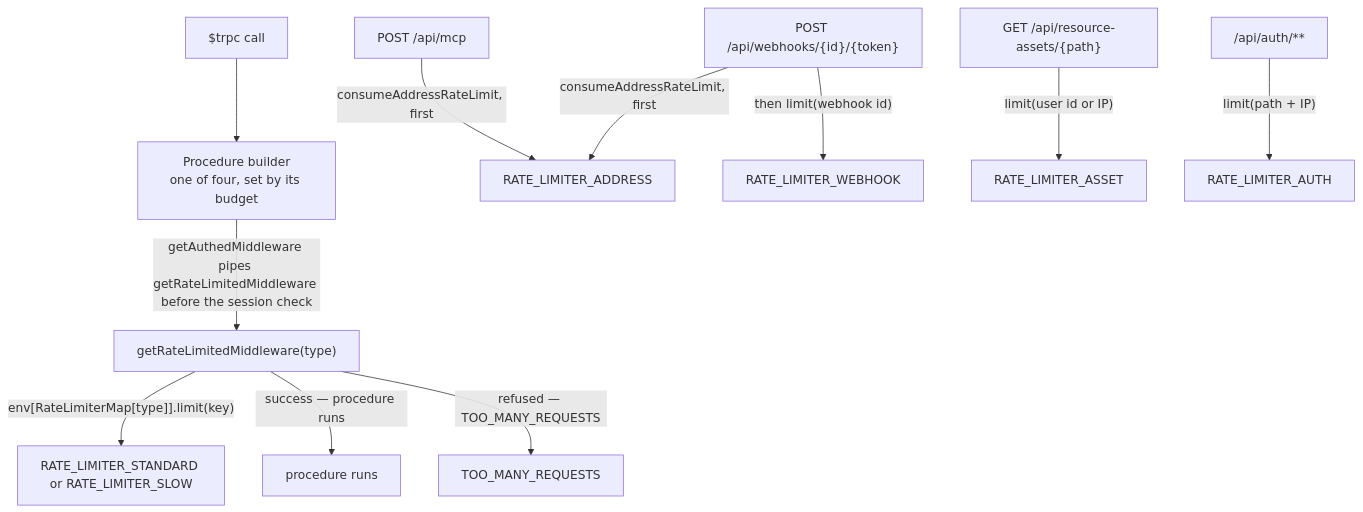
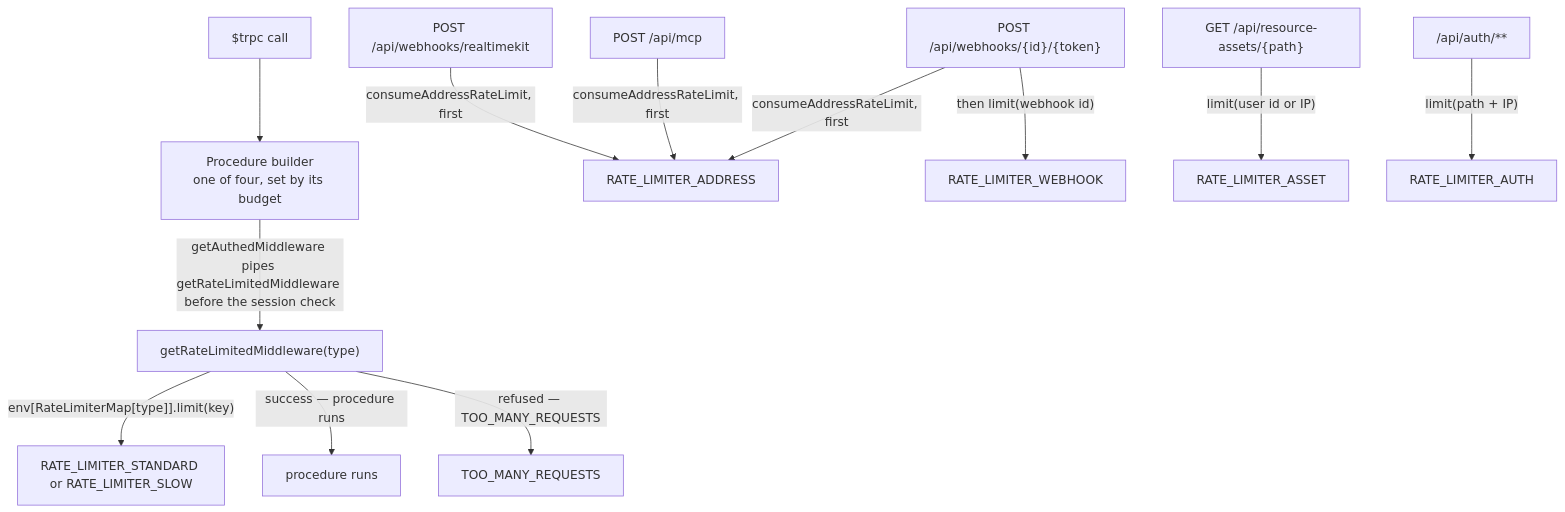
One commit to Esposter/Esposter changed the diagram in openspec/specs/architecture/rate-limiting/design.md. Above: the diagram before and after it, drawn with Mermaid. The commit also changed 15 other files, not shown here.

````diff
--- a/openspec/specs/architecture/rate-limiting/design.md
+++ b/openspec/specs/architecture/rate-limiting/design.md
@@ -26,13 +26,14 @@
 ```mermaid
 flowchart TD
   call["$trpc call"] --> builder["Procedure builder<br/>one of four, set by its budget"]
   builder -->|"getAuthedMiddleware pipes getRateLimitedMiddleware before the session check"| middleware["getRateLimitedMiddleware(type)"]
   middleware -->|"env[RateLimiterMap[type]].limit(key)"| procedureBinding["RATE_LIMITER_STANDARD or RATE_LIMITER_SLOW"]
   webhookRoute["POST /api/webhooks/{id}/{token}"] -->|"consumeAddressRateLimit, first"| addressBinding["RATE_LIMITER_ADDRESS"]
   webhookRoute -->|"then limit(webhook id)"| webhookBinding["RATE_LIMITER_WEBHOOK"]
   mcpRoute["POST /api/mcp"] -->|"consumeAddressRateLimit, first"| addressBinding
+  realtimeKitRoute["POST /api/webhooks/realtimekit"] -->|"consumeAddressRateLimit, first"| addressBinding
   assetRoute["GET /api/resource-assets/{path}"] -->|"limit(user id or IP)"| assetBinding["RATE_LIMITER_ASSET"]
   authRoute["/api/auth/**"] -->|"limit(path + IP)"| authBinding["RATE_LIMITER_AUTH"]
   middleware -->|"success — procedure runs"| ok["procedure runs"]
   middleware -->|"refused — TOO_MANY_REQUESTS"| tooMany["TOO_MANY_REQUESTS"]
 ```
````
